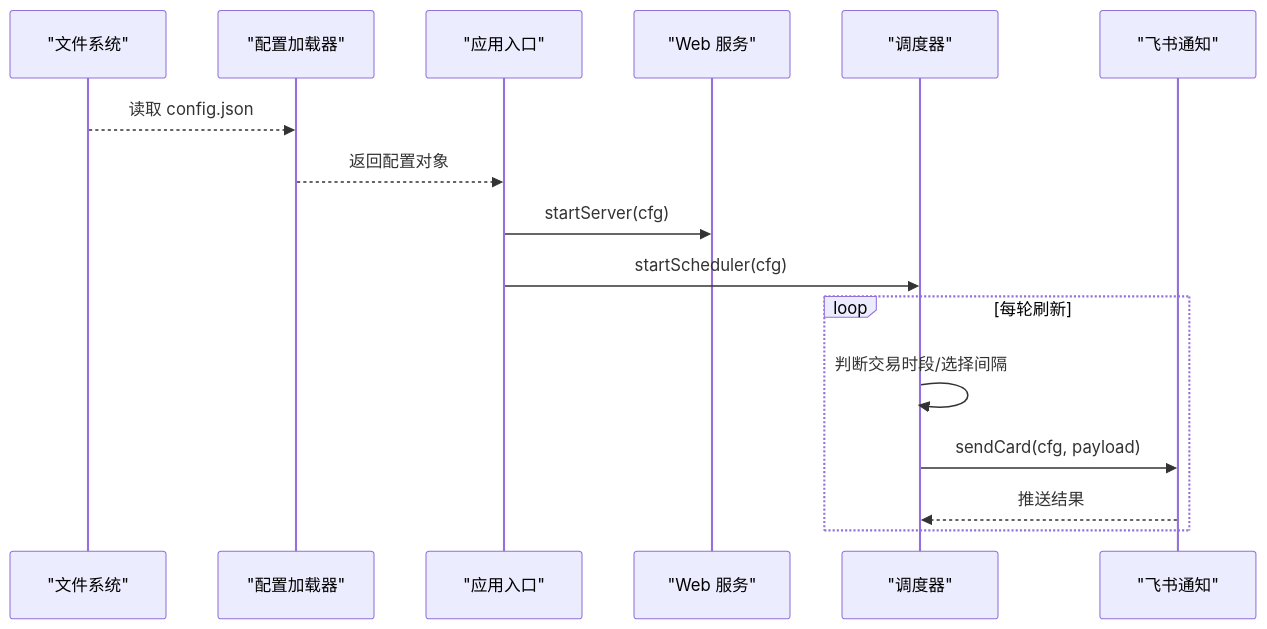
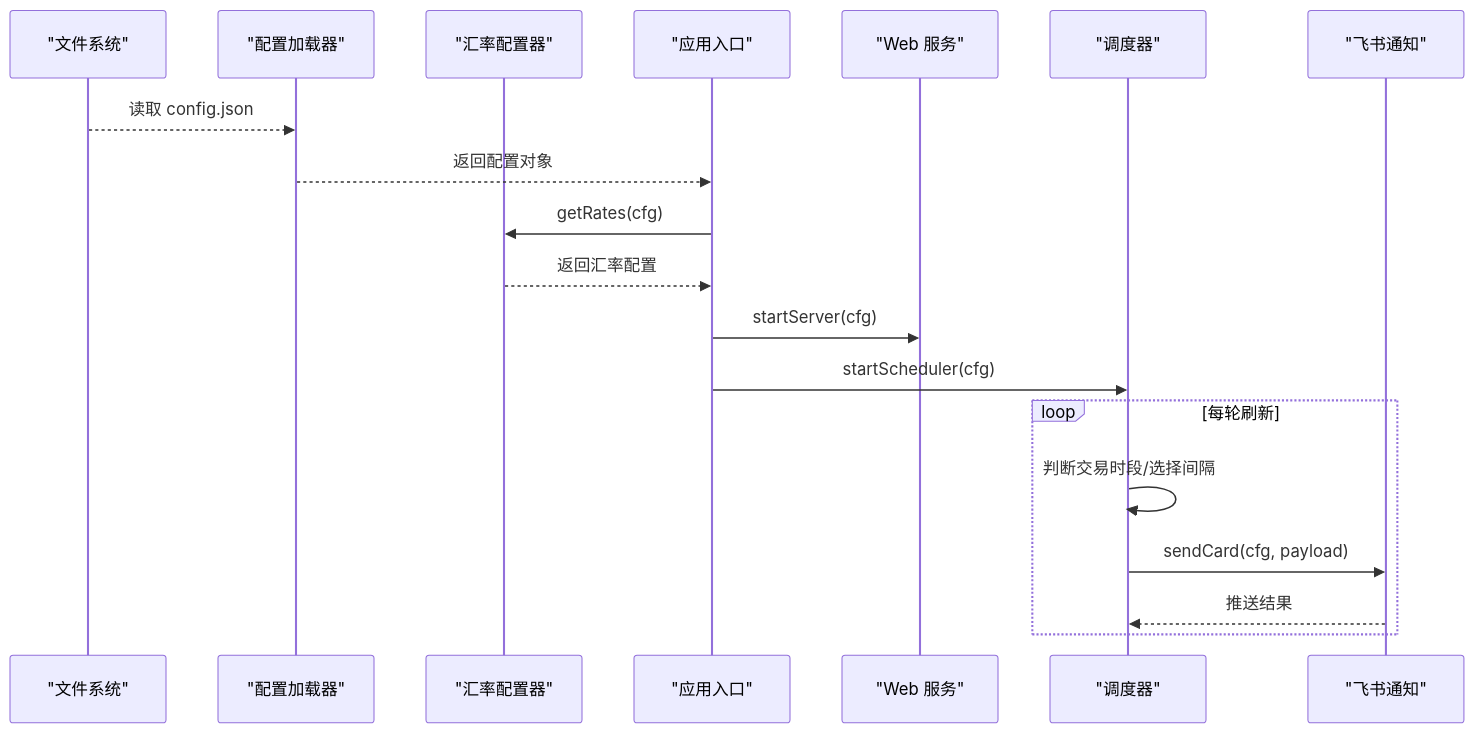
One commit to salenju/stock-advisor changed the second of 5 diagrams in .qoder/repowiki/zh/content/后端服务/配置管理.md. Above: the diagram before and after it, drawn with Mermaid. The commit also changed other lines of this file and 45 other files, not shown here.

````diff
--- a/.qoder/repowiki/zh/content/后端服务/配置管理.md
+++ b/.qoder/repowiki/zh/content/后端服务/配置管理.md
@@ -96,18 +118,21 @@
 ```mermaid
 sequenceDiagram
 participant FS as "文件系统"
 participant CFG as "配置加载器"
+participant FX as "汇率配置器"
 participant APP as "应用入口"
 participant SRV as "Web 服务"
 participant SCH as "调度器"
 participant NOT as "飞书通知"
 FS-->>CFG : 读取 config.json
 CFG-->>APP : 返回配置对象
+APP->>FX : getRates(cfg)
+FX-->>APP : 返回汇率配置
 APP->>SRV : startServer(cfg)
 APP->>SCH : startScheduler(cfg)
 loop 每轮刷新
 SCH->>SCH : 判断交易时段/选择间隔
 SCH->>NOT : sendCard(cfg, payload)
 NOT-->>SCH : 推送结果
 end
 ```
````
